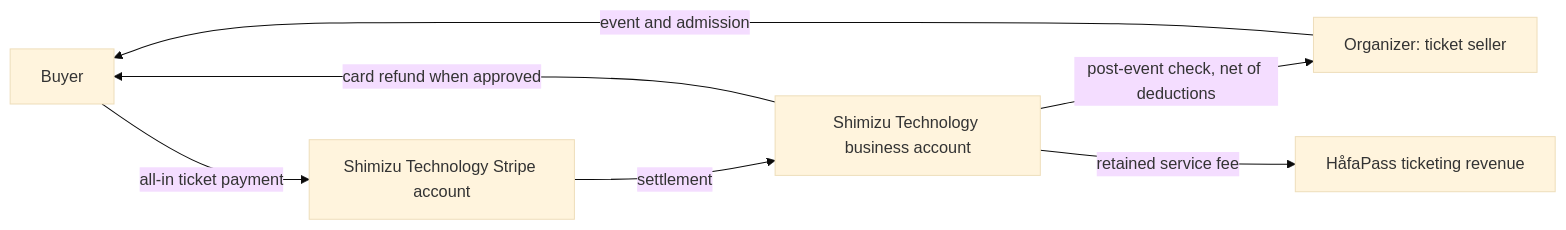
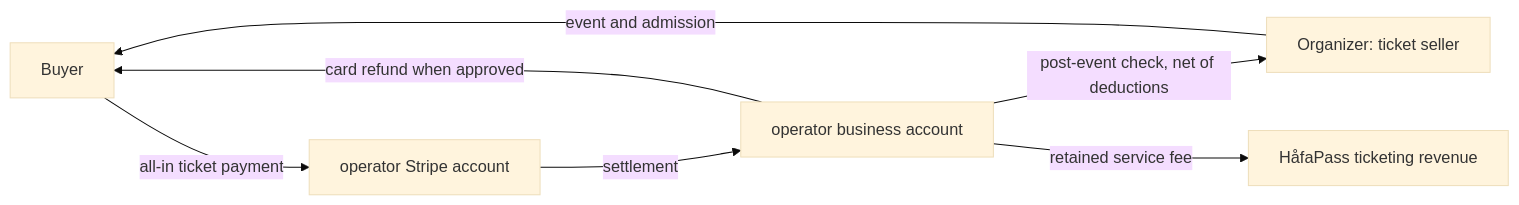
One commit to Shimizu-Technology/HafaPass changed the diagram in docs/COUNSEL_REVIEW_PACKET.md. Above: the diagram before and after it, drawn with Mermaid (base theme). The commit also changed other lines of this file and 10 other files, not shown here.

````diff
--- a/docs/COUNSEL_REVIEW_PACKET.md
+++ b/docs/COUNSEL_REVIEW_PACKET.md
@@ -13,9 +13,9 @@
 ```mermaid
 flowchart LR
-  B[Buyer] -->|all-in ticket payment| S[Shimizu Technology Stripe account]
-  S -->|settlement| A[Shimizu Technology business account]
+  B[Buyer] -->|all-in ticket payment| S[operator Stripe account]
+  S -->|settlement| A[operator business account]
   A -->|post-event check, net of deductions| O[Organizer: ticket seller]
   A -->|retained service fee| H[HåfaPass ticketing revenue]
   O -->|event and admission| B
   A -->|card refund when approved| B
 ```
````
